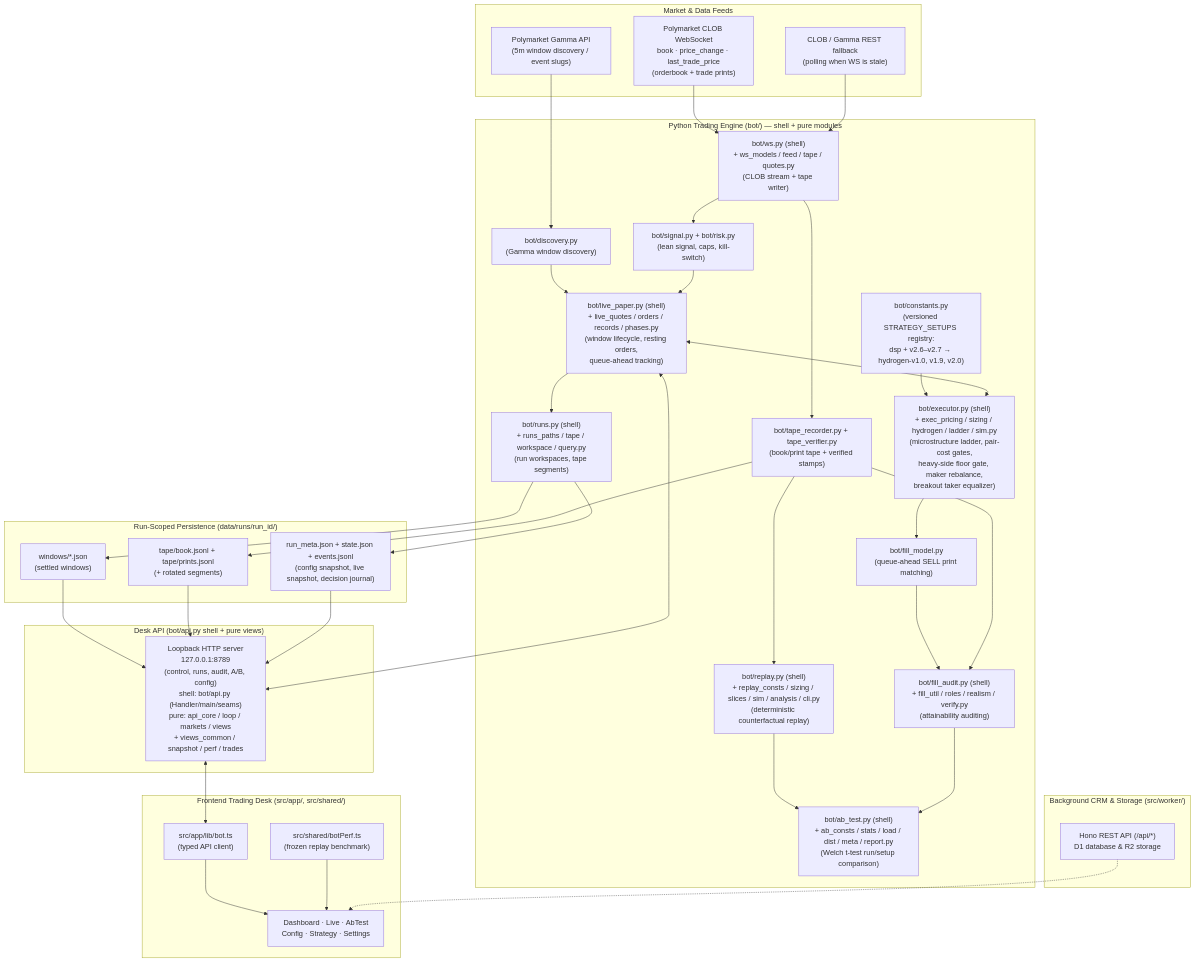
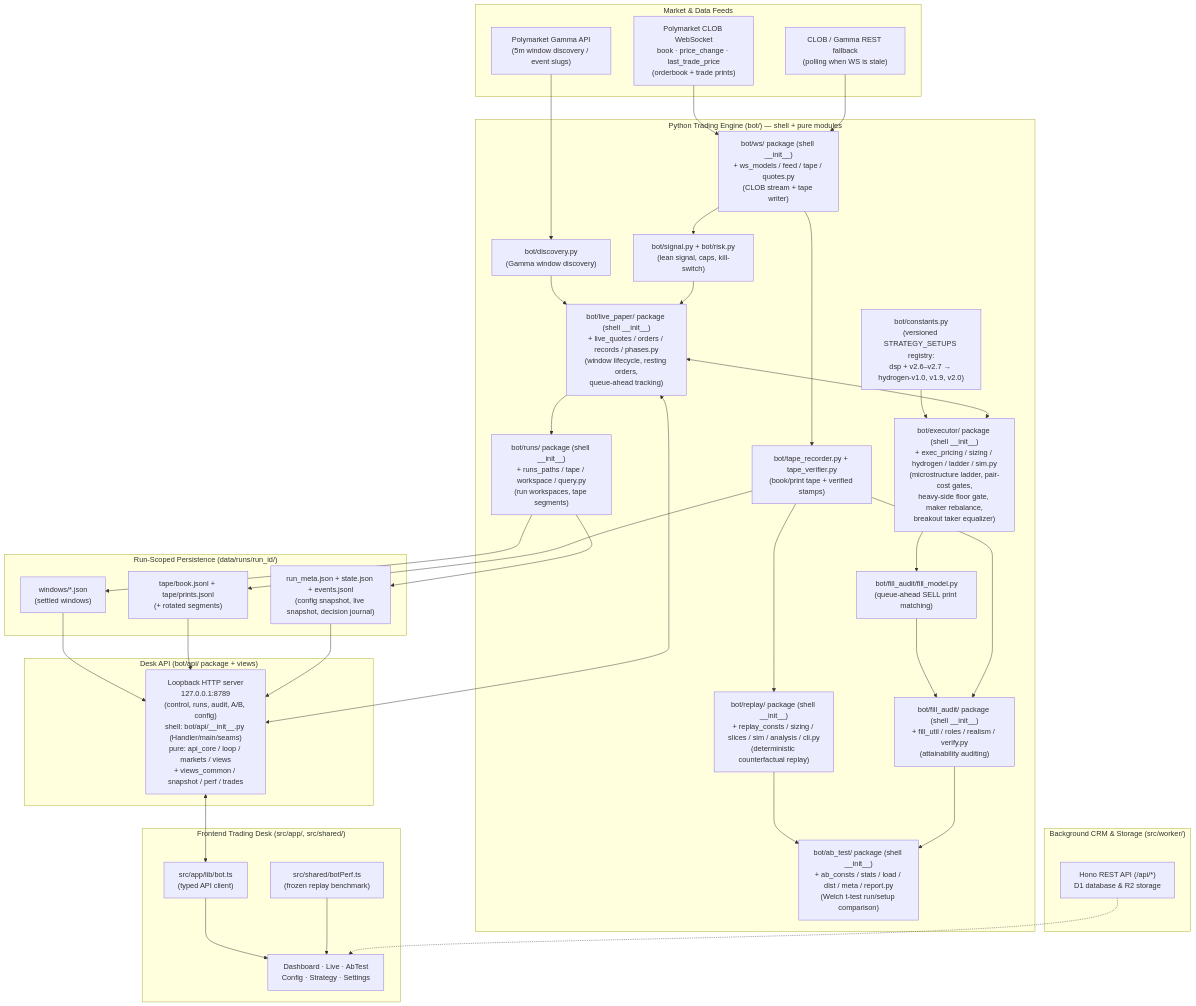
Before and after one commit to AI-Degen-69/dangerously-skip-permissions-Bot: the diagram in docs/architecture.md, drawn with Mermaid. The commit also changed other lines of this file and 101 other files, not shown here.

First line of the commit message:
[REFACTOR] Category packages for bot shells + pure modules, drop migrate script (#83)

````diff
--- a/docs/architecture.md
+++ b/docs/architecture.md
@@ -16,71 +16,71 @@
 ```mermaid
 flowchart TD
     subgraph MarketData ["Market & Data Feeds"]
         Gamma["Polymarket Gamma API<br/>(5m window discovery / event slugs)"]
         CLOB["Polymarket CLOB WebSocket<br/>book · price_change · last_trade_price<br/>(orderbook + trade prints)"]
         REST["CLOB / Gamma REST fallback<br/>(polling when WS is stale)"]
     end
 
     subgraph BotEngine ["Python Trading Engine (bot/) — shell + pure modules"]
         Discovery["bot/discovery.py<br/>(Gamma window discovery)"]
-        LivePaper["bot/live_paper.py (shell)<br/>+ live_quotes / orders / records / phases.py<br/>(window lifecycle, resting orders,<br/>queue-ahead tracking)"]
-        Executor["bot/executor.py (shell)<br/>+ exec_pricing / sizing / hydrogen / ladder / sim.py<br/>(microstructure ladder, pair-cost gates,<br/>heavy-side floor gate, maker rebalance,<br/>breakout taker equalizer)"]
+        LivePaper["bot/live_paper/ package (shell __init__)<br/>+ live_quotes / orders / records / phases.py<br/>(window lifecycle, resting orders,<br/>queue-ahead tracking)"]
+        Executor["bot/executor/ package (shell __init__)<br/>+ exec_pricing / sizing / hydrogen / ladder / sim.py<br/>(microstructure ladder, pair-cost gates,<br/>heavy-side floor gate, maker rebalance,<br/>breakout taker equalizer)"]
         Constants["bot/constants.py<br/>(versioned STRATEGY_SETUPS registry:<br/>dsp + v2.6–v2.7 → hydrogen-v1.0, v1.9, v2.0)"]
         Signal["bot/signal.py + bot/risk.py<br/>(lean signal, caps, kill-switch)"]
-        WS["bot/ws.py (shell)<br/>+ ws_models / feed / tape / quotes.py<br/>(CLOB stream + tape writer)"]
-        FillModel["bot/fill_model.py<br/>(queue-ahead SELL print matching)"]
-        FillAudit["bot/fill_audit.py (shell)<br/>+ fill_util / roles / realism / verify.py<br/>(attainability auditing)"]
+        WS["bot/ws/ package (shell __init__)<br/>+ ws_models / feed / tape / quotes.py<br/>(CLOB stream + tape writer)"]
+        FillModel["bot/fill_audit/fill_model.py<br/>(queue-ahead SELL print matching)"]
+        FillAudit["bot/fill_audit/ package (shell __init__)<br/>+ fill_util / roles / realism / verify.py<br/>(attainability auditing)"]
         Tape["bot/tape_recorder.py + tape_verifier.py<br/>(book/print tape + verified stamps)"]
-        Replay["bot/replay.py (shell)<br/>+ replay_consts / sizing / slices / sim / analysis / cli.py<br/>(deterministic counterfactual replay)"]
-        AB["bot/ab_test.py (shell)<br/>+ ab_consts / stats / load / dist / meta / report.py<br/>(Welch t-test run/setup comparison)"]
-        Runs["bot/runs.py (shell)<br/>+ runs_paths / tape / workspace / query.py<br/>(run workspaces, tape segments)"]
+        Replay["bot/replay/ package (shell __init__)<br/>+ replay_consts / sizing / slices / sim / analysis / cli.py<br/>(deterministic counterfactual replay)"]
+        AB["bot/ab_test/ package (shell __init__)<br/>+ ab_consts / stats / load / dist / meta / report.py<br/>(Welch t-test run/setup comparison)"]
+        Runs["bot/runs/ package (shell __init__)<br/>+ runs_paths / tape / workspace / query.py<br/>(run workspaces, tape segments)"]
     end
 
     subgraph Persistence ["Run-Scoped Persistence (data/runs/run_id/)"]
         Windows["windows/*.json<br/>(settled windows)"]
         TapeJsonl["tape/book.jsonl + tape/prints.jsonl<br/>(+ rotated segments)"]
         Meta["run_meta.json + state.json + events.jsonl<br/>(config snapshot, live snapshot, decision journal)"]
     end
 
-    subgraph DeskAPI ["Desk API (bot/api.py shell + pure views)"]
-        PyAPI["Loopback HTTP server<br/>127.0.0.1:8789<br/>(control, runs, audit, A/B, config)<br/>shell: bot/api.py (Handler/main/seams)<br/>pure: api_core / loop / markets / views<br/>+ views_common / snapshot / perf / trades"]
+    subgraph DeskAPI ["Desk API (bot/api/ package + views)"]
+        PyAPI["Loopback HTTP server<br/>127.0.0.1:8789<br/>(control, runs, audit, A/B, config)<br/>shell: bot/api/__init__.py (Handler/main/seams)<br/>pure: api_core / loop / markets / views<br/>+ views_common / snapshot / perf / trades"]
     end
 
     subgraph FrontendDesk ["Frontend Trading Desk (src/app/, src/shared/)"]
         Pages["Dashboard · Live · AbTest<br/>Config · Strategy · Settings"]
         BotClient["src/app/lib/bot.ts<br/>(typed API client)"]
         BotPerf["src/shared/botPerf.ts<br/>(frozen replay benchmark)"]
     end
 
     subgraph Worker ["Background CRM & Storage (src/worker/)"]
         HonoAPI["Hono REST API (/api/*)<br/>D1 database & R2 storage"]
     end
 
     %% Data flow
     Gamma --> Discovery --> LivePaper
     CLOB --> WS --> Signal --> LivePaper
     REST --> WS
     Constants --> Executor
     LivePaper <--> Executor
     Executor --> FillModel
     WS --> Tape
     FillModel --> FillAudit
     Tape --> FillAudit
     Tape --> Replay
     Replay --> AB
     FillAudit --> AB
     LivePaper --> Runs
     Runs --> Windows
     Tape --> TapeJsonl
     Runs --> Meta
 
     %% API + frontend
     Windows --> PyAPI
     TapeJsonl --> PyAPI
     Meta --> PyAPI
     PyAPI <--> LivePaper
     PyAPI <--> BotClient
     BotClient --> Pages
     BotPerf --> Pages
     HonoAPI -.-> Pages
 ```
````
